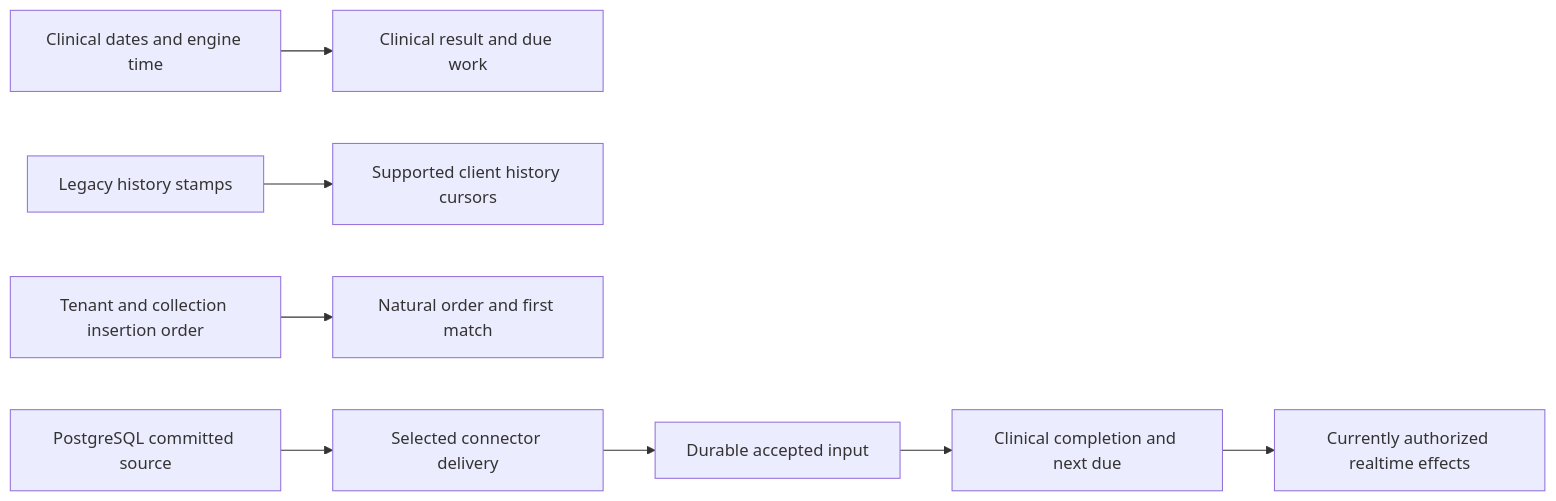
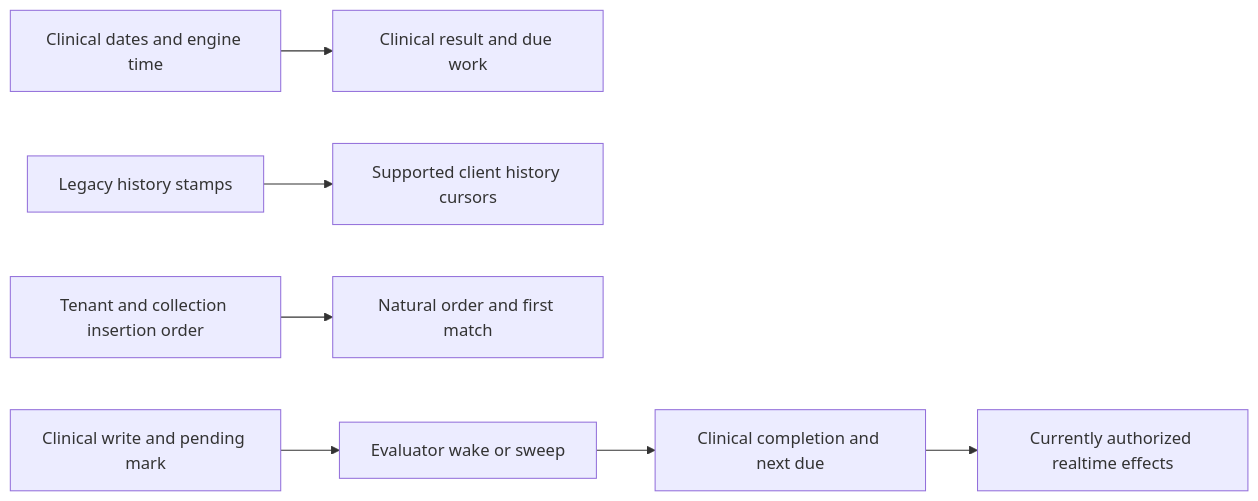
Before and after one commit to bewest/rag-nightscout-ecosystem-alignment: the diagram in docs/30-design/tenancy/counter-and-restore-options.md, drawn with Mermaid. The commit also changed other lines of this file and 30 other files, not shown here.

Commit message:
Reconcile tenancy architecture and admission guidance with candidate 5

````diff
--- a/docs/30-design/tenancy/counter-and-restore-options.md
+++ b/docs/30-design/tenancy/counter-and-restore-options.md
@@ -20,10 +14,9 @@
 ```mermaid
 flowchart LR
   Clinical[Clinical dates and engine time] --> Due[Clinical result and due work]
   History[Legacy history stamps] --> Clients[Supported client history cursors]
   Ordinal[Tenant and collection insertion order] --> Match[Natural order and first match]
-  Commit[PostgreSQL committed source] --> Connector[Selected connector delivery]
-  Connector --> Accepted[Durable accepted input]
-  Accepted --> Completed[Clinical completion and next due]
+  Commit[Clinical write and pending mark] --> Pending[Evaluator wake or sweep]
+  Pending --> Completed[Clinical completion and next due]
   Completed --> Realtime[Currently authorized realtime effects]
 ```
````
